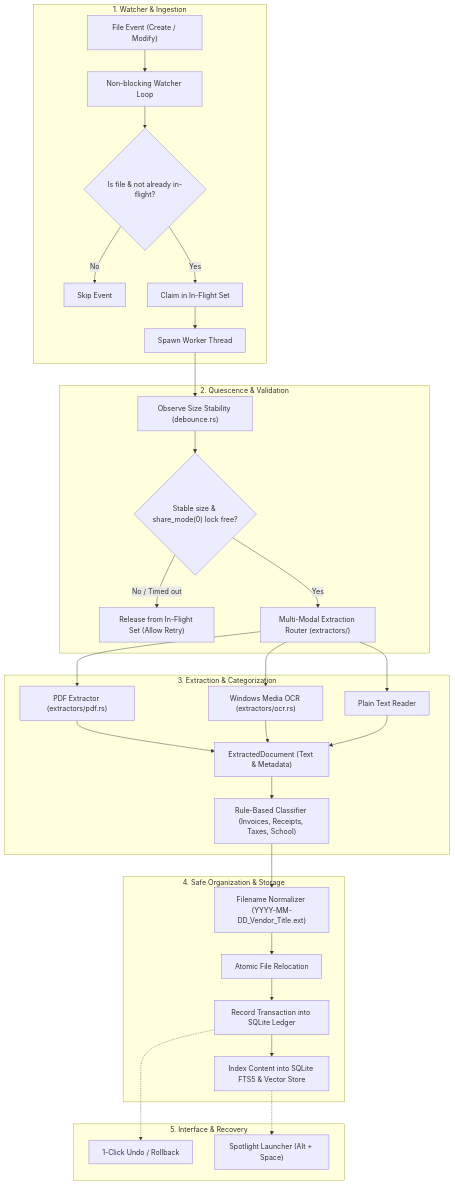
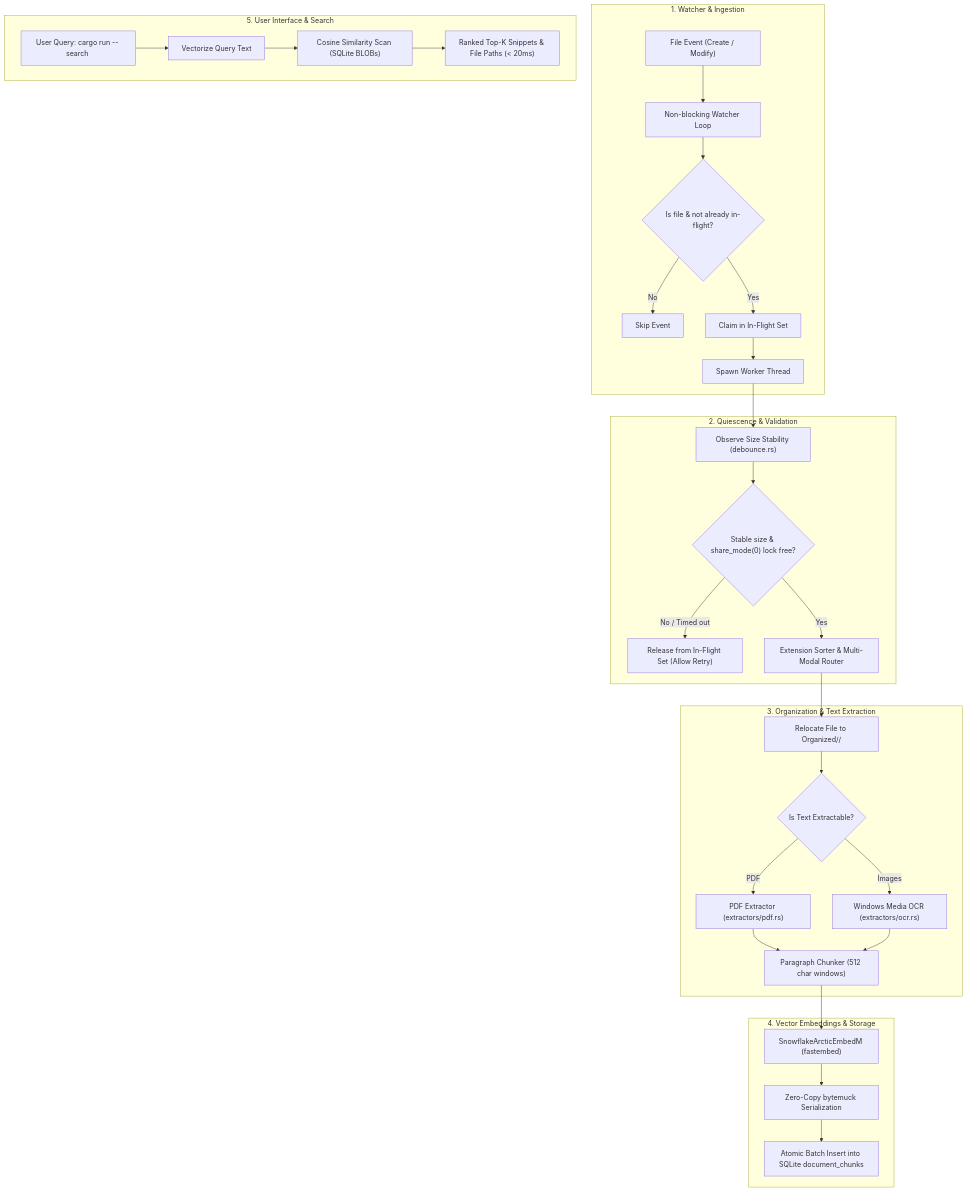
One commit to abuhurayraniloy/Nori changed the diagram in README.md. Above: the diagram before and after it, drawn with Mermaid. The commit also changed other lines of this file, not shown here.

````diff
--- a/README.md
+++ b/README.md
@@ -40,37 +43,37 @@
 ```mermaid
 flowchart TD
     subgraph S1 ["1. Watcher & Ingestion"]
         A["File Event (Create / Modify)"] --> B["Non-blocking Watcher Loop"]
         B --> C{"Is file & not already in-flight?"}
         C -- No --> D["Skip Event"]
         C -- Yes --> E["Claim in In-Flight Set"]
         E --> F["Spawn Worker Thread"]
     end
 
     subgraph S2 ["2. Quiescence & Validation"]
         F --> G["Observe Size Stability (debounce.rs)"]
         G --> H{"Stable size & share_mode(0) lock free?"}
         H -- No / Timed out --> I["Release from In-Flight Set (Allow Retry)"]
-        H -- Yes --> J["Multi-Modal Extraction Router (extractors/)"]
+        H -- Yes --> J["Extension Sorter & Multi-Modal Router"]
     end
 
-    subgraph S3 ["3. Extraction & Categorization"]
-        J --> K1["PDF Extractor (extractors/pdf.rs)"]
-        J --> K2["Windows Media OCR (extractors/ocr.rs)"]
-        J --> K3["Plain Text Reader"]
-        K1 & K2 & K3 --> L["ExtractedDocument (Text & Metadata)"]
-        L --> M["Rule-Based Classifier (Invoices, Receipts, Taxes, School)"]
+    subgraph S3 ["3. Organization & Text Extraction"]
+        J --> K["Relocate File to Organized/<Category>/"]
+        K --> L{"Is Text Extractable?"}
+        L -- PDF --> M1["PDF Extractor (extractors/pdf.rs)"]
+        L -- Images --> M2["Windows Media OCR (extractors/ocr.rs)"]
+        M1 & M2 --> N["Paragraph Chunker (512 char windows)"]
     end
 
-    subgraph S4 ["4. Safe Organization & Storage"]
-        M --> N["Filename Normalizer (YYYY-MM-DD_Vendor_Title.ext)"]
-        N --> O["Atomic File Relocation"]
-        O --> P["Record Transaction into SQLite Ledger"]
-        P --> Q["Index Content into SQLite FTS5 & Vector Store"]
+    subgraph S4 ["4. Vector Embeddings & Storage"]
+        N --> O["SnowflakeArcticEmbedM (fastembed)"]
+        O --> P["Zero-Copy bytemuck Serialization"]
+        P --> Q["Atomic Batch Insert into SQLite document_chunks"]
     end
 
-    subgraph S5 ["5. Interface & Recovery"]
-        P -.-> R["1-Click Undo / Rollback"]
-        Q -.-> S["Spotlight Launcher (Alt + Space)"]
+    subgraph S5 ["5. User Interface & Search"]
+        R["User Query: cargo run -- search <query>"] --> S["Vectorize Query Text"]
+        S --> T["Cosine Similarity Scan (SQLite BLOBs)"]
+        T --> U["Ranked Top-K Snippets & File Paths (< 20ms)"]
     end
 ```
````
